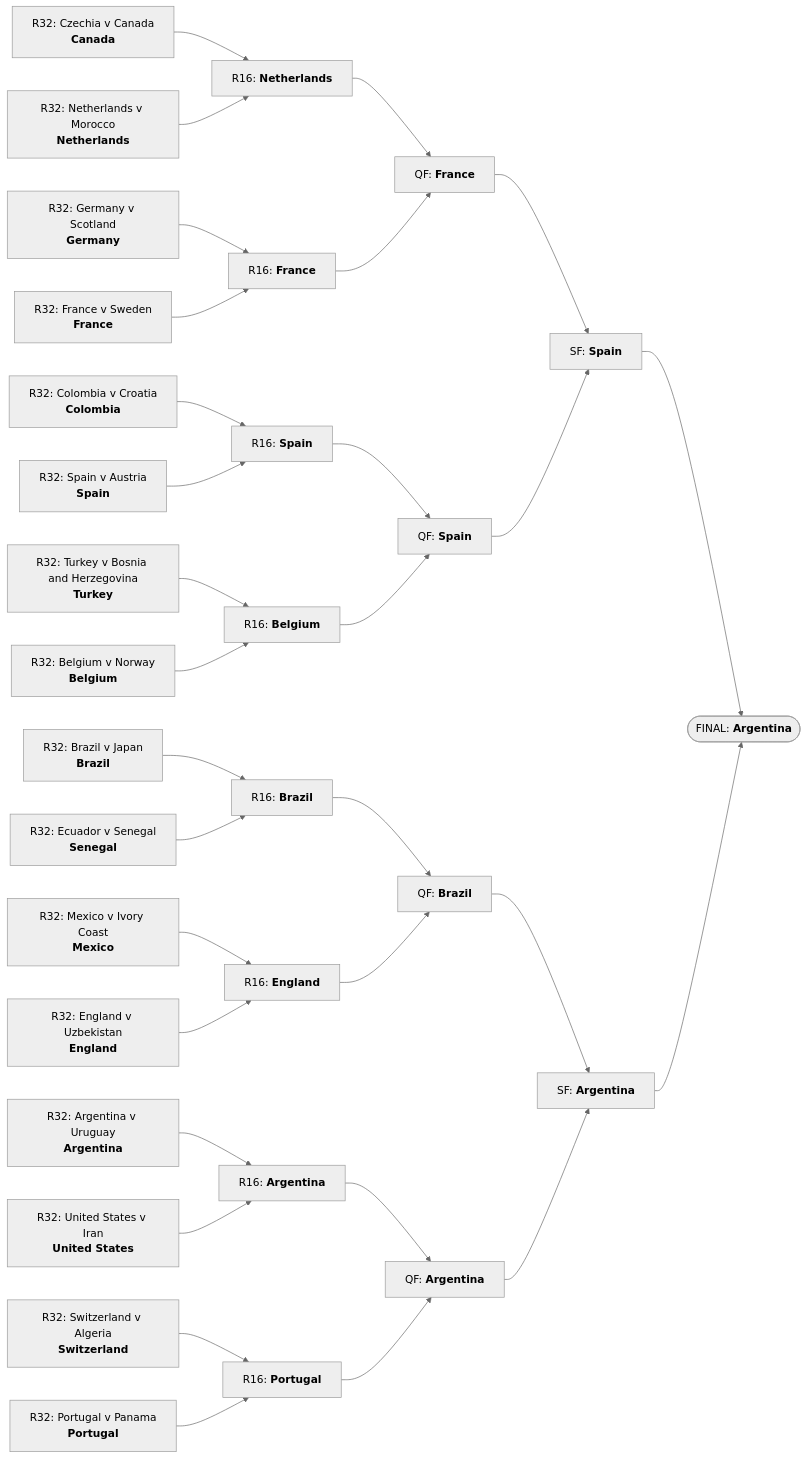
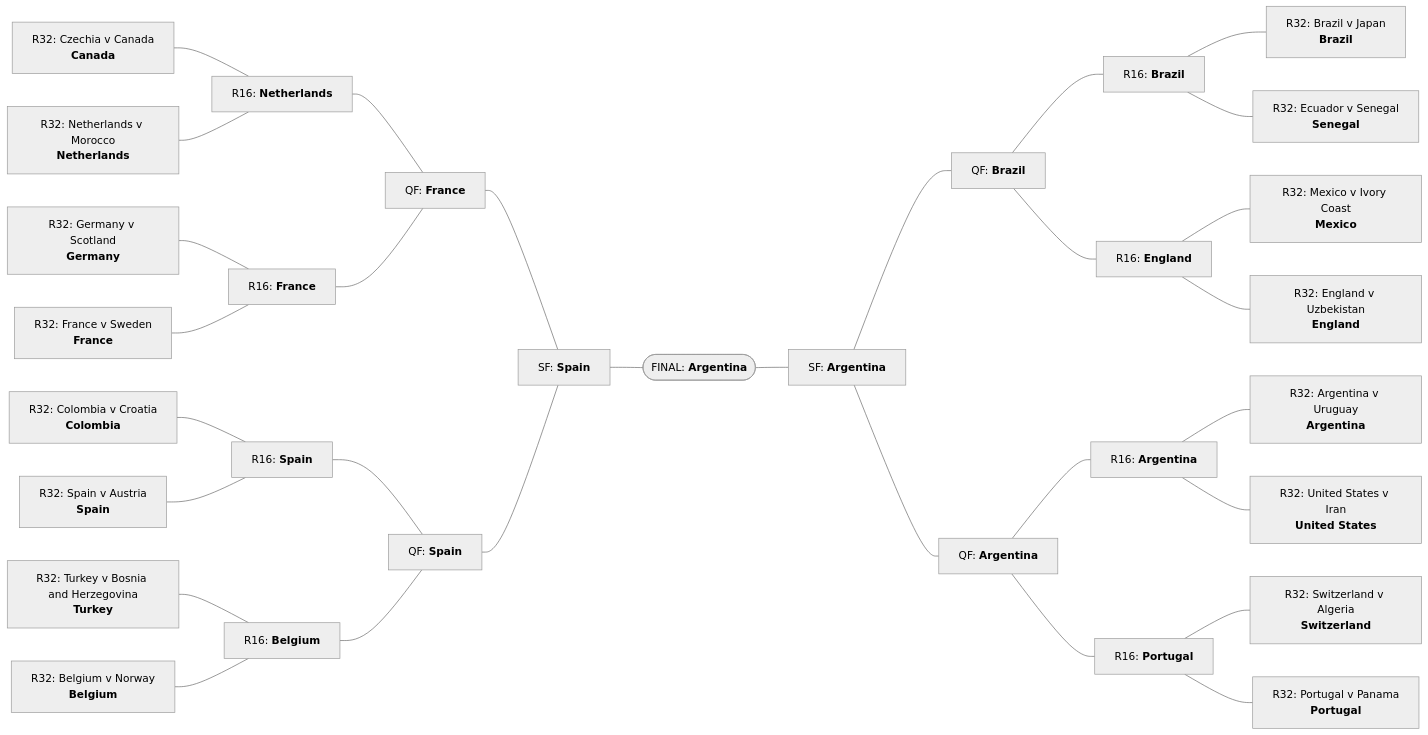
The second of 2 diagrams in showcase.md (yutsz1203/worldcup-2026-prediction), drawn with Mermaid (neutral theme) before and after one commit. The commit also changed other lines of this file, not shown here.

Commit message:
showcase.md demo

````diff
--- a/showcase.md
+++ b/showcase.md
@@ -285,64 +285,64 @@
 ```mermaid
 flowchart LR
   m73["R32: Czechia v Canada<br/><b>Canada</b>"]
   m74["R32: Germany v Scotland<br/><b>Germany</b>"]
   m75["R32: Netherlands v Morocco<br/><b>Netherlands</b>"]
   m76["R32: Brazil v Japan<br/><b>Brazil</b>"]
   m77["R32: France v Sweden<br/><b>France</b>"]
   m78["R32: Ecuador v Senegal<br/><b>Senegal</b>"]
   m79["R32: Mexico v Ivory Coast<br/><b>Mexico</b>"]
   m80["R32: England v Uzbekistan<br/><b>England</b>"]
   m81["R32: Turkey v Bosnia and Herzegovina<br/><b>Turkey</b>"]
   m82["R32: Belgium v Norway<br/><b>Belgium</b>"]
   m83["R32: Colombia v Croatia<br/><b>Colombia</b>"]
   m84["R32: Spain v Austria<br/><b>Spain</b>"]
   m85["R32: Switzerland v Algeria<br/><b>Switzerland</b>"]
   m86["R32: Argentina v Uruguay<br/><b>Argentina</b>"]
   m87["R32: Portugal v Panama<br/><b>Portugal</b>"]
   m88["R32: United States v Iran<br/><b>United States</b>"]
   m89["R16: <b>Netherlands</b>"]
   m90["R16: <b>France</b>"]
   m91["R16: <b>Brazil</b>"]
   m92["R16: <b>England</b>"]
   m93["R16: <b>Spain</b>"]
   m94["R16: <b>Belgium</b>"]
   m95["R16: <b>Argentina</b>"]
   m96["R16: <b>Portugal</b>"]
   m97["QF: <b>France</b>"]
   m98["QF: <b>Spain</b>"]
   m99["QF: <b>Brazil</b>"]
   m100["QF: <b>Argentina</b>"]
   m101["SF: <b>Spain</b>"]
   m102["SF: <b>Argentina</b>"]
   m104(["FINAL: <b>Argentina</b>"])
-  m73 --> m89
-  m75 --> m89
-  m74 --> m90
-  m77 --> m90
-  m76 --> m91
-  m78 --> m91
-  m79 --> m92
-  m80 --> m92
-  m83 --> m93
-  m84 --> m93
-  m81 --> m94
-  m82 --> m94
-  m86 --> m95
-  m88 --> m95
-  m85 --> m96
-  m87 --> m96
-  m89 --> m97
-  m90 --> m97
-  m93 --> m98
-  m94 --> m98
-  m91 --> m99
-  m92 --> m99
-  m95 --> m100
-  m96 --> m100
-  m97 --> m101
-  m98 --> m101
-  m99 --> m102
-  m100 --> m102
-  m101 --> m104
-  m102 --> m104
+  m73 --- m89
+  m75 --- m89
+  m74 --- m90
+  m77 --- m90
+  m91 --- m76
+  m91 --- m78
+  m92 --- m79
+  m92 --- m80
+  m83 --- m93
+  m84 --- m93
+  m81 --- m94
+  m82 --- m94
+  m95 --- m86
+  m95 --- m88
+  m96 --- m85
+  m96 --- m87
+  m89 --- m97
+  m90 --- m97
+  m93 --- m98
+  m94 --- m98
+  m99 --- m91
+  m99 --- m92
+  m100 --- m95
+  m100 --- m96
+  m97 --- m101
+  m98 --- m101
+  m102 --- m99
+  m102 --- m100
+  m101 --- m104
+  m104 --- m102
 ```
````
